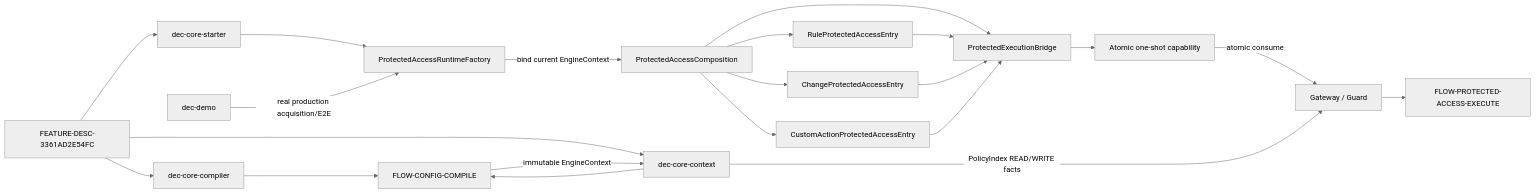
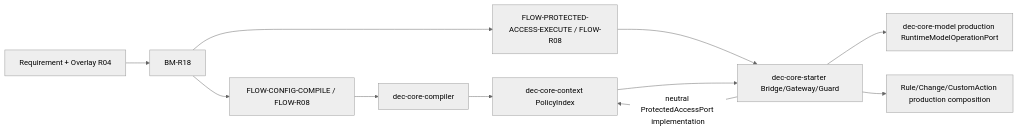
One commit to szlwin/doc-eq-code-Dgremlin changed the diagram in project_doc/docs/_relations/dependency_graph.md. Above: the diagram before and after it, drawn with Mermaid (neutral theme). The commit also changed other lines of this file and 12 other files, not shown here.

````diff
--- a/project_doc/docs/_relations/dependency_graph.md
+++ b/project_doc/docs/_relations/dependency_graph.md
@@ -11,39 +21,13 @@
 ```mermaid
 flowchart LR
-  F[FEATURE-DESC-3361AD2E54FC]
-  C[dec-core-compiler]
-  X[dec-core-context]
-  S[dec-core-starter]
-  D[dec-demo]
-  FC[FLOW-CONFIG-COMPILE]
-  FR[FLOW-PROTECTED-ACCESS-EXECUTE]
-  PF[ProtectedAccessRuntimeFactory]
-  PC[ProtectedAccessComposition]
-  R[RuleProtectedAccessEntry]
-  CH[ChangeProtectedAccessEntry]
-  A[CustomActionProtectedAccessEntry]
-  B[ProtectedExecutionBridge]
-  CAP[Atomic one-shot capability]
-  G[Gateway / Guard]
-
-  F --> C
-  F --> X
-  F --> S
-  C --> FC
-  X --> FC
-  FC -->|immutable EngineContext| X
-  S --> PF
-  PF -->|bind current EngineContext| PC
-  PC --> B
-  PC --> R
-  PC --> CH
-  PC --> A
-  R --> B
-  CH --> B
-  A --> B
-  B --> CAP
-  CAP -->|atomic consume| G
-  X -->|PolicyIndex READ/WRITE facts| G
-  D -->|real production acquisition/E2E| PF
-  G --> FR
+  R[Requirement + Overlay R04] --> BM[BM-R18]
+  BM --> FC[FLOW-CONFIG-COMPILE / FLOW-R08]
+  BM --> FR[FLOW-PROTECTED-ACCESS-EXECUTE / FLOW-R08]
+  FC --> C[dec-core-compiler]
+  C --> X[dec-core-context PolicyIndex]
+  FR --> S[dec-core-starter Bridge/Gateway/Guard]
+  S --> M[dec-core-model production RuntimeModelOperationPort]
+  X --> S
+  S -->|neutral ProtectedAccessPort implementation| X
+  S --> D[Rule/Change/CustomAction production composition]
 ```
````
